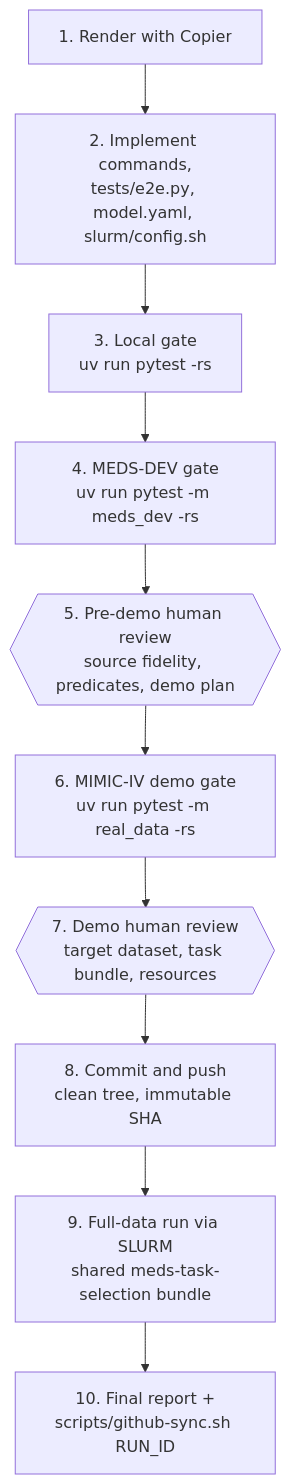
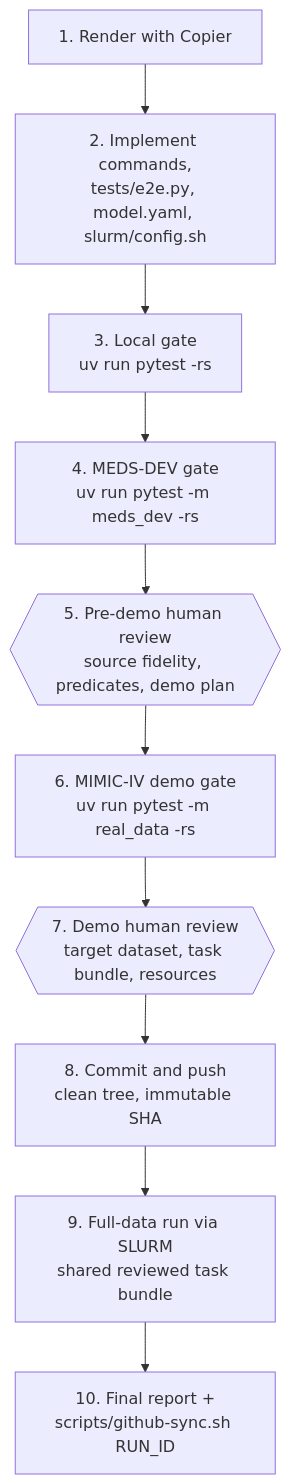
One commit to McDermottHealthAI/MEDS_algorithm_template changed the diagram in docs/workflow.md. Above: the diagram before and after it, drawn with Mermaid. The commit also changed other lines of this file and 6 other files, not shown here.

First line of the commit message:
Docs feedback: plain sections, example models, explicit label use, generic task bundle, exact sync contents

````diff
--- a/docs/workflow.md
+++ b/docs/workflow.md
@@ -8,12 +8,12 @@
 ```mermaid
 flowchart TD
     r[1. Render with Copier] --> i[2. Implement commands,<br/>tests/e2e.py, model.yaml, slurm/config.sh]
     i --> g1[3. Local gate<br/>uv run pytest -rs]
     g1 --> g2[4. MEDS-DEV gate<br/>uv run pytest -m meds_dev -rs]
     g2 --> h1{{5. Pre-demo human review<br/>source fidelity, predicates, demo plan}}
     h1 --> g3[6. MIMIC-IV demo gate<br/>uv run pytest -m real_data -rs]
     g3 --> h2{{7. Demo human review<br/>target dataset, task bundle, resources}}
     h2 --> c[8. Commit and push<br/>clean tree, immutable SHA]
-    c --> f[9. Full-data run via SLURM<br/>shared meds-task-selection bundle]
+    c --> f[9. Full-data run via SLURM<br/>shared reviewed task bundle]
     f --> rep[10. Final report +<br/>scripts/github-sync.sh RUN_ID]
 ```
````
